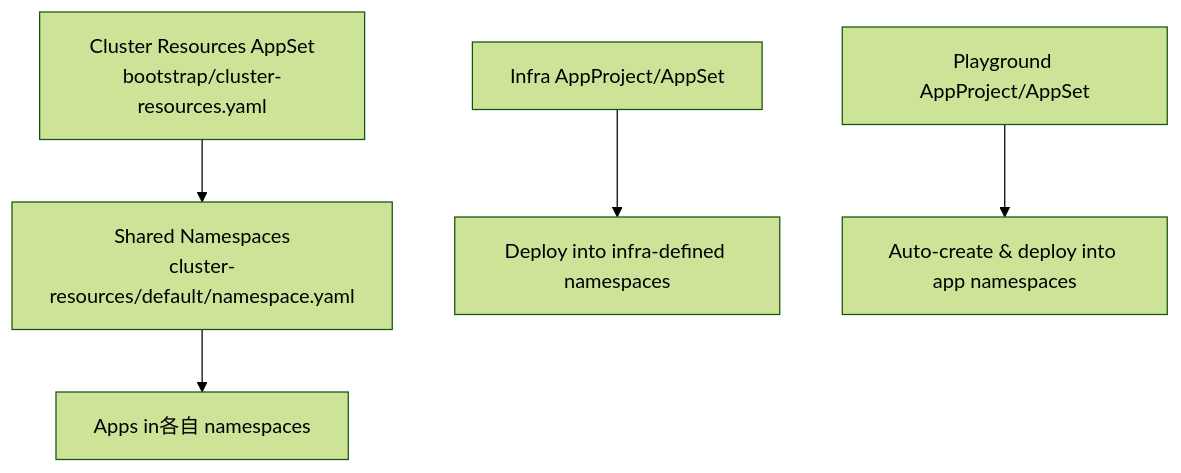
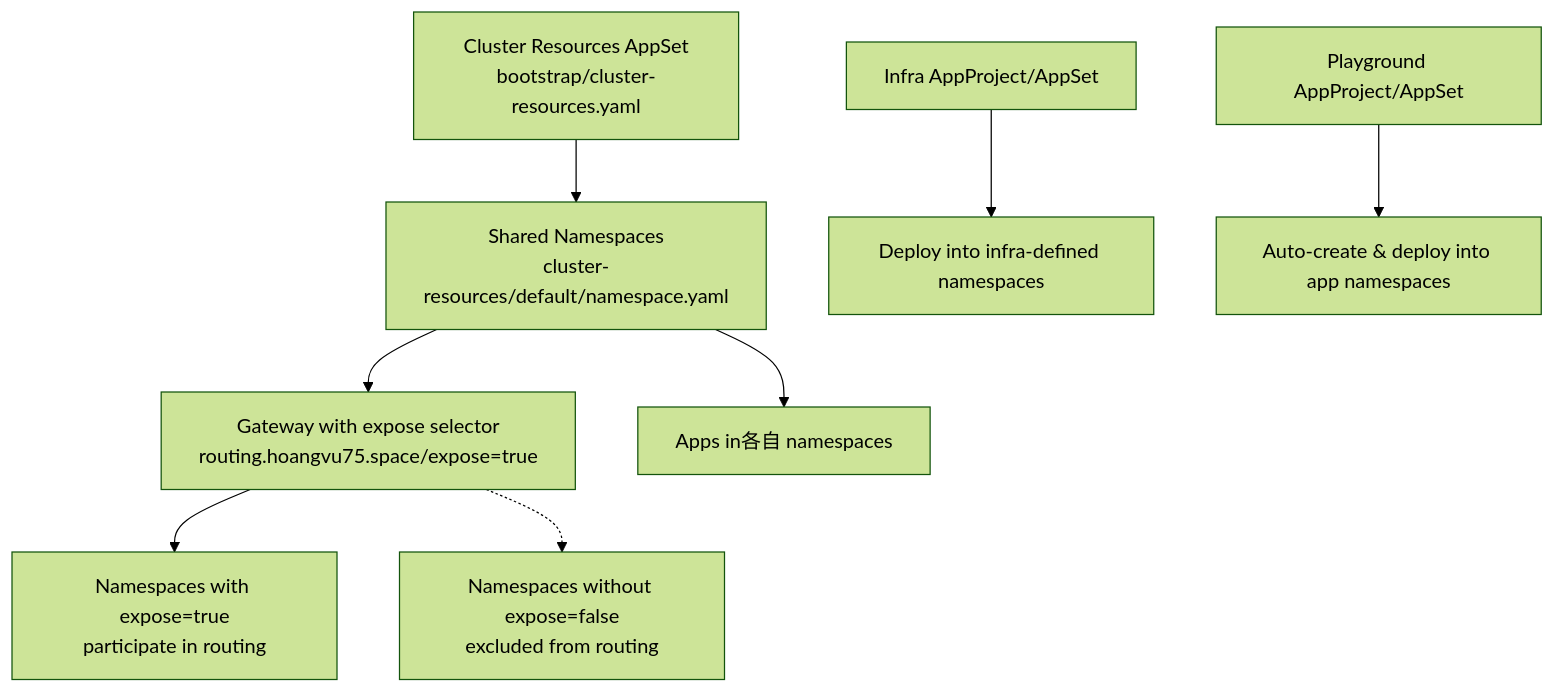
One commit to Hoangvu75/k8s_manifest changed the sixth of 9 diagrams in .qoder/repowiki/en/content/Application Configuration/Namespace Management and Isolation.md. Above: the diagram before and after it, drawn with Mermaid (forest theme). The commit also changed other lines of this file and 5 other files, not shown here.

````diff
--- a/.qoder/repowiki/en/content/Application Configuration/Namespace Management and Isolation.md
+++ b/.qoder/repowiki/en/content/Application Configuration/Namespace Management and Isolation.md
@@ -224,7 +247,10 @@
 ```mermaid
 graph TB
 CR["Cluster Resources AppSet<br/>bootstrap/cluster-resources.yaml"] --> NS["Shared Namespaces<br/>cluster-resources/default/namespace.yaml"]
+NS --> GW["Gateway with expose selector<br/>routing.hoangvu75.space/expose=true"]
 NS --> Apps["Apps in各自 namespaces"]
 AppsInfra["Infra AppProject/AppSet"] --> AppsInfraNS["Deploy into infra-defined namespaces"]
 AppsPlay["Playground AppProject/AppSet"] --> AppsPlayNS["Auto-create & deploy into app namespaces"]
+GW --> ExposedNS["Namespaces with expose=true<br/>participate in routing"]
+GW -.-> NonExposedNS["Namespaces without expose=false<br/>excluded from routing"]
 ```
````
